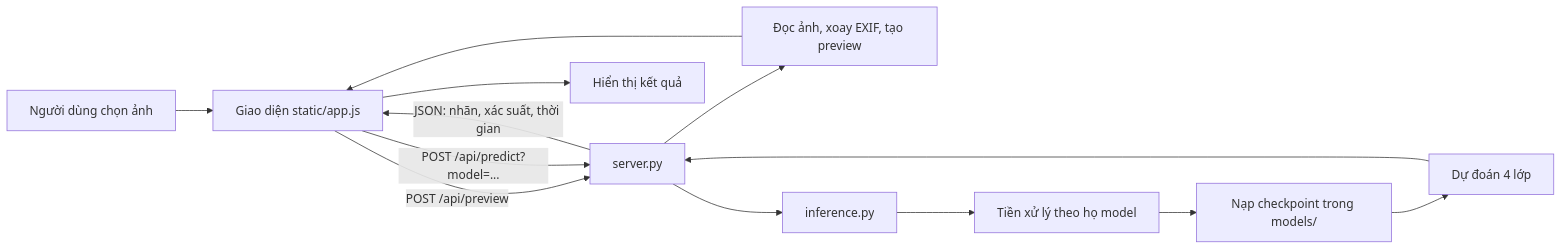
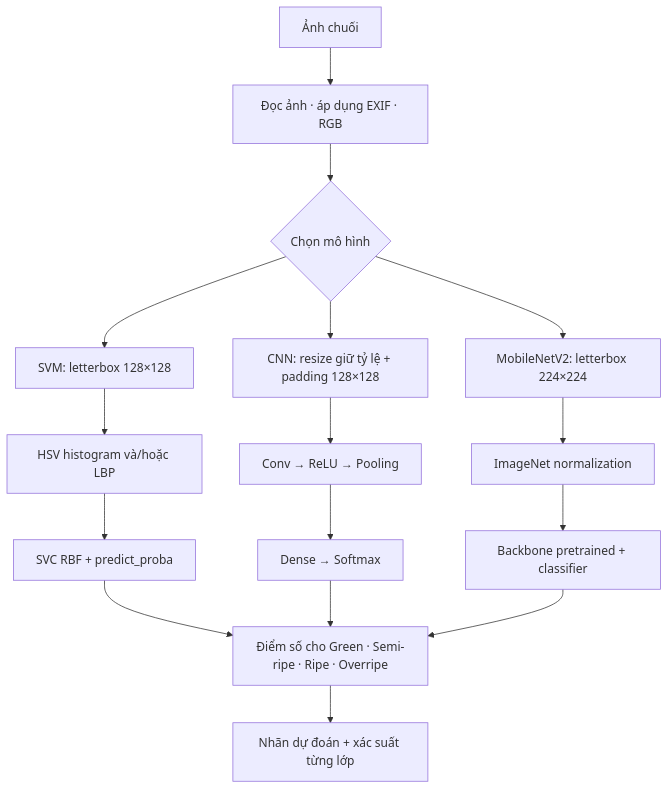
The diagram in README.md (Thinhng04/Banana-Ripeness-Classification), drawn with Mermaid before and after one commit. The commit also changed other lines of this file and 1 other file, not shown here.

Commit message:
Improve README model pipeline and results

````diff
--- a/README.md
+++ b/README.md
@@ -11,15 +23,18 @@
 ```mermaid
-flowchart LR
-    A[Người dùng chọn ảnh] --> B[Giao diện static/app.js]
-    B -->|POST /api/preview| C[server.py]
-    C --> D[Đọc ảnh, xoay EXIF, tạo preview]
-    D --> B
-    B -->|POST /api/predict?model=...| C
-    C --> E[inference.py]
-    E --> F[Tiền xử lý theo họ model]
-    F --> G[Nạp checkpoint trong models/]
-    G --> H[Dự đoán 4 lớp]
-    H --> C
-    C -->|JSON: nhãn, xác suất, thời gian| B
-    B --> I[Hiển thị kết quả]
+flowchart TD
+    A[Ảnh chuối] --> B[Đọc ảnh · áp dụng EXIF · RGB]
+    B --> C{Chọn mô hình}
+    C --> S1[SVM: letterbox 128×128]
+    S1 --> S2[HSV histogram và/hoặc LBP]
+    S2 --> S3[SVC RBF + predict_proba]
+    C --> N1[CNN: resize giữ tỷ lệ + padding 128×128]
+    N1 --> N2[Conv → ReLU → Pooling]
+    N2 --> N3[Dense → Softmax]
+    C --> M1[MobileNetV2: letterbox 224×224]
+    M1 --> M2[ImageNet normalization]
+    M2 --> M3[Backbone pretrained + classifier]
+    S3 --> R[Điểm số cho Green · Semi-ripe · Ripe · Overripe]
+    N3 --> R
+    M3 --> R
+    R --> O[Nhãn dự đoán + xác suất từng lớp]
 ```
````
